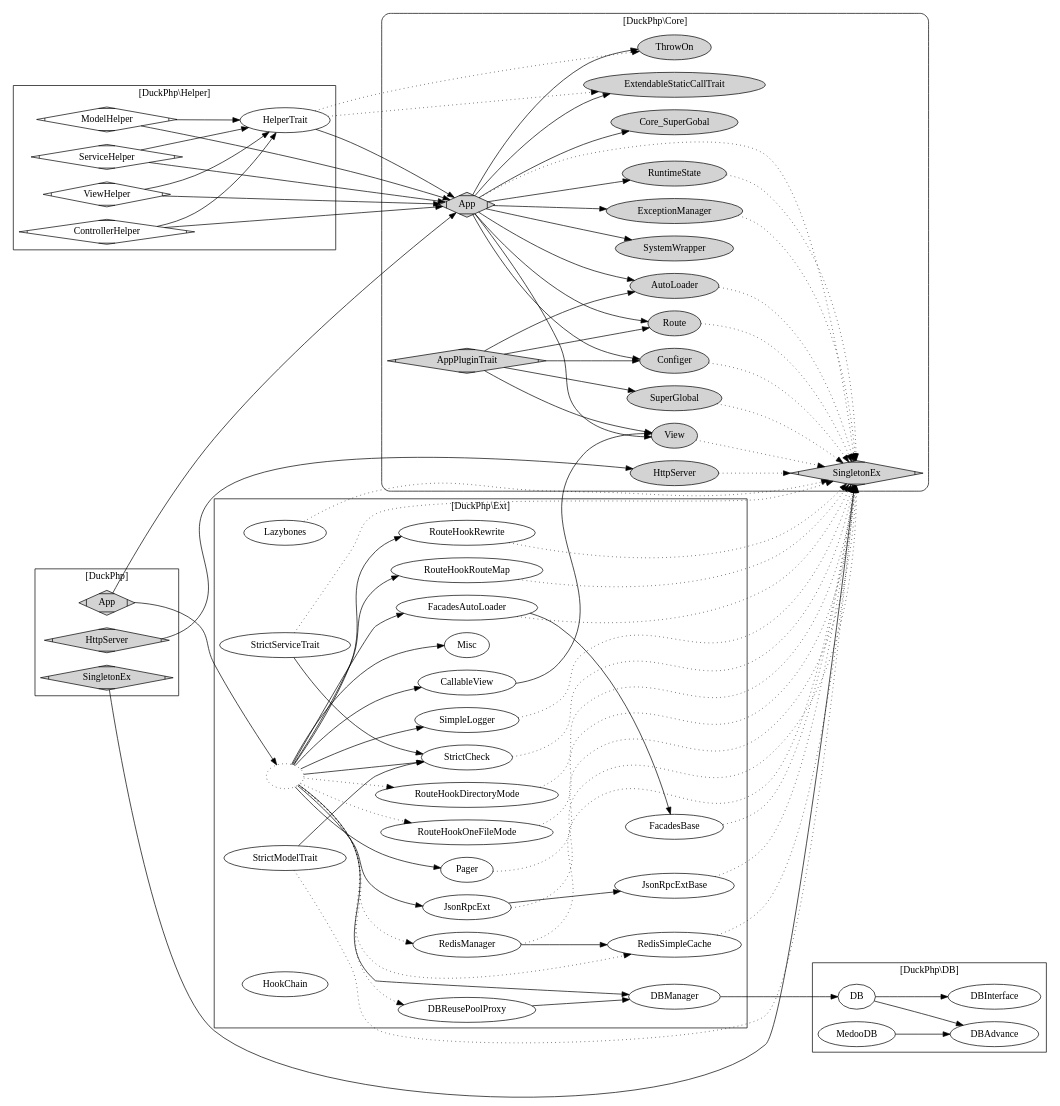
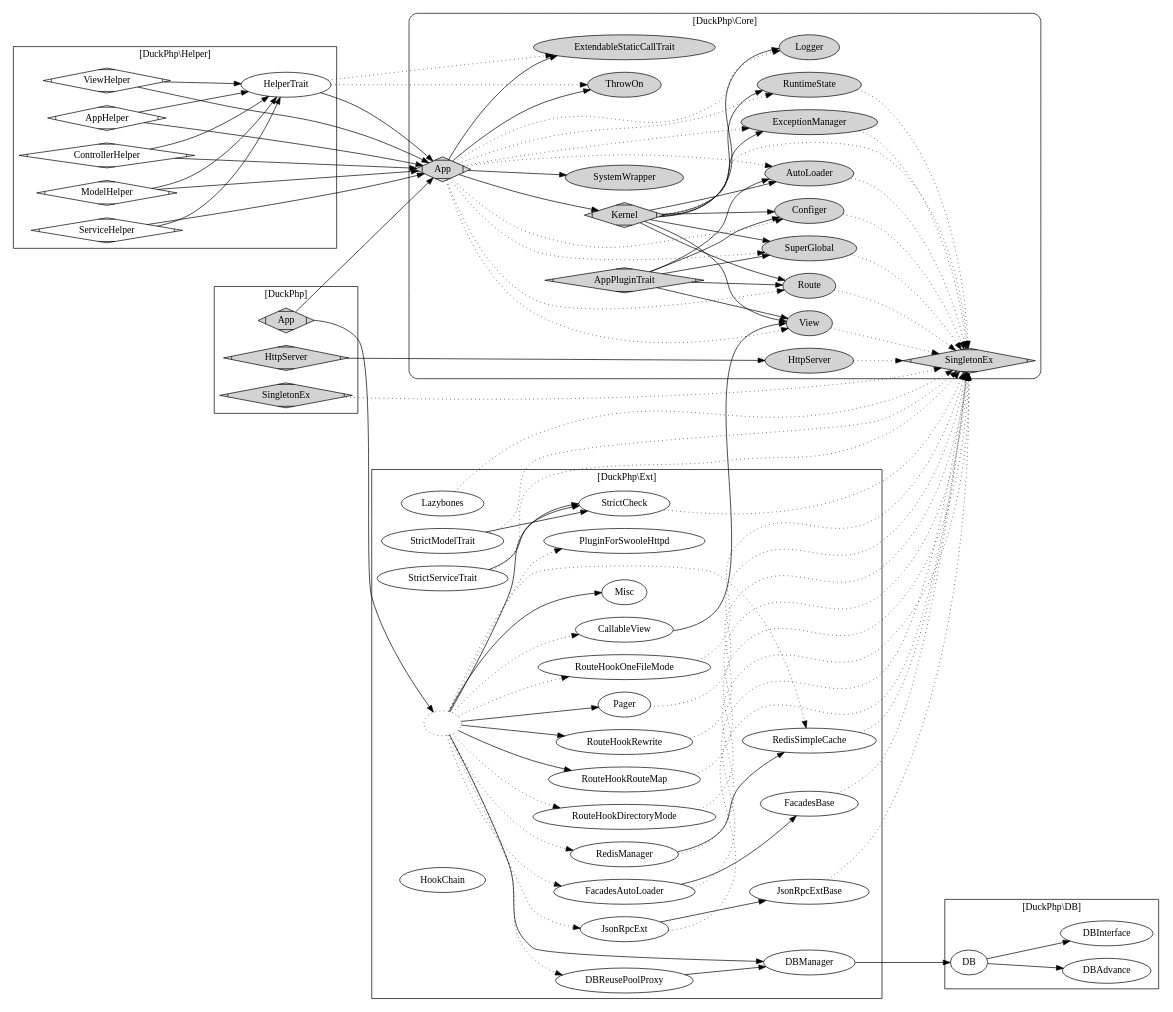
One commit to dvaknheo/duckphp changed the diagram in doc/duckphp.gv. Above: the diagram before and after it, drawn with Graphviz. The commit also changed 1 other file, not shown here.

Commit message:
更新架构图

```diff
--- a/doc/duckphp.gv
+++ b/doc/duckphp.gv
@@ -1,184 +1,197 @@
 digraph G{
 /* This is a graphviz file */
 graph [rankdir = "LR"];
     
     SingletonEx [shape=Mdiamond];
     
 subgraph cluster_Core {
     style = "rounded";
     label = "[DuckPhp\\Core]";
     node [style=filled];
+
+
+    Core_Kernel -> Core_SingletonEx [style="dotted"];
+    Core_Kernel -> Core_AutoLoader ;
+    Core_Kernel -> Core_Configer;
+    Core_Kernel -> Core_Logger;
+    Core_Kernel -> Core_ExceptionManager;
+    Core_Kernel -> Core_Route;
+    Core_Kernel -> Core_RuntimeState;
+    Core_Kernel -> Core_View;
+    Core_Kernel -> Core_SuperGlobal;
+
     
-    Core_App -> Core_AutoLoader ;
-    Core_App -> Core_ExceptionManager;
-    Core_App -> Core_View;
-    Core_App -> Core_Configer;
-    Core_App -> Core_Route;
-    Core_App -> Core_RuntimeState;
-    
-    
-    Core_App -> Core_SingletonEx [style="dotted"];
+    Core_App -> Core_Kernel;
     Core_App -> Core_ThrowOn;
     Core_App -> Core_ExtendableStaticCallTrait;
-    Core_App -> Core_SuperGobal;
     Core_App -> Core_SystemWrapper;
     
+    Core_App -> Core_AutoLoader [style="dotted"];
+    Core_App -> Core_Configer [style="dotted"];
+    Core_App -> Core_Logger [style="dotted"];
+    Core_App -> Core_ExceptionManager [style="dotted"];
+    Core_App -> Core_Route [style="dotted"];
+    Core_App -> Core_RuntimeState [style="dotted"];
+    Core_App -> Core_View [style="dotted"];
+    Core_App -> Core_SuperGlobal [style="dotted"];
+
     Core_AutoLoader -> Core_SingletonEx [style="dotted"];
     Core_ExceptionManager -> Core_SingletonEx [style="dotted"];
     Core_View -> Core_SingletonEx [style="dotted"];
     Core_Configer -> Core_SingletonEx [style="dotted"];
     Core_Route -> Core_SingletonEx [style="dotted"];
     Core_RuntimeState -> Core_SingletonEx [style="dotted"];
     
     Core_HttpServer -> Core_SingletonEx [style="dotted"];
     Core_SuperGlobal -> Core_SingletonEx [style="dotted"];
 
 
     Core_AppPluginTrait -> Core_AutoLoader;
     Core_AppPluginTrait -> Core_Configer;
     Core_AppPluginTrait -> Core_View;
     Core_AppPluginTrait -> Core_Route;
     Core_AppPluginTrait -> Core_SuperGlobal;
 
 
     Core_AppPluginTrait [label="AppPluginTrait";shape=Mdiamond];
 
     Core_App [label="App";shape=Mdiamond];
+    Core_Kernel [label="Kernel";shape=Mdiamond];
     Core_SingletonEx [label="SingletonEx";shape=Mdiamond];
     Core_AutoLoader [label="AutoLoader"];
     Core_ExceptionManager [label="ExceptionManager"];
     Core_View [label="View"];
     Core_Configer [label="Configer"];
+    Core_Logger [label="Logger"];
     Core_Route [label="Route"];
     Core_RuntimeState [label="RuntimeState"];
     Core_SystemWrapper [label="SystemWrapper"];
     
     Core_HttpServer [label="HttpServer"];
     Core_SuperGlobal [label="SuperGlobal"];
 
     Core_ExtendableStaticCallTrait [label="ExtendableStaticCallTrait"];
     
     Core_ThrowOn [label="ThrowOn"];
     
 }
 
 
 
 
 subgraph cluster_Helper {
     label = "[DuckPhp\\Helper]";
+    AppHelper -> Core_App; 
     ControllerHelper -> Core_App; 
     ModelHelper -> Core_App; 
     ServiceHelper -> Core_App; 
     ViewHelper -> Core_App; 
     HelperTrait -> Core_App;
     HelperTrait -> Core_ExtendableStaticCallTrait [style="dotted"];
     HelperTrait -> Core_ThrowOn [style="dotted"];
     
+    AppHelper -> HelperTrait; 
     ControllerHelper -> HelperTrait; 
     ModelHelper -> HelperTrait; 
     ServiceHelper -> HelperTrait; 
     ViewHelper -> HelperTrait; 
 
+    AppHelper [label="AppHelper";shape=Mdiamond];
     ControllerHelper [label="ControllerHelper";shape=Mdiamond];
     ModelHelper [label="ModelHelper";shape=Mdiamond];
     ServiceHelper [label="ServiceHelper";shape=Mdiamond];
     ViewHelper [label="ViewHelper";shape=Mdiamond];
 
 
 }
 
 
 
 
 subgraph cluster_DB {
     label = "[DuckPhp\\DB]";
 
     DB_DB -> DB_DBAdvance;
     DB_DB -> DB_DBInterface;
-    DB_MedooDB -> DB_DBAdvance;
 
     DB_DB [label="DB"];
     DB_DBAdvance [label="DBAdvance"];
     DB_DBInterface [label="DBInterface"];
-    DB_MedooDB [label="MedooDB"];
-
 
 }
 
 
 
 subgraph cluster_Ext {
 label = "[DuckPhp\\Ext]";
     Ext [label="";style="dotted"];
     
-    Ext -> CallableView -> Core_View;
+    Ext -> CallableView [style="dotted"];  CallableView -> Core_View;
     Ext -> DBManager -> DB_DB;
     Ext -> DBReusePoolProxy [style="dotted"];
     
-    Ext -> FacadesAutoLoader;
-    Ext -> JsonRpcExt;
+    Ext -> FacadesAutoLoader [style="dotted"];
+    Ext -> JsonRpcExt [style="dotted"] ;
     Ext -> Misc
-    Ext -> Pager;
+    Ext -> Pager ;
+    Ext -> PluginForSwooleHttpd [style="dotted"];
     Ext -> RouteHookRewrite;
     Ext -> RouteHookRouteMap;
-    Ext -> SimpleLogger;
     Ext -> StrictCheck;
     
     Ext -> RedisManager [style="dotted"];
     Ext -> RedisSimpleCache [style="dotted"];
     Ext -> RouteHookDirectoryMode [style="dotted"];
     Ext -> RouteHookOneFileMode [style="dotted"];
     
     DBReusePoolProxy ->DBManager; 
     JsonRpcExt -> JsonRpcExtBase ;
     JsonRpcExt -> Core_SingletonEx [style="dotted"];
     JsonRpcExtBase -> Core_SingletonEx [style="dotted"];
 
     FacadesAutoLoader ->FacadesBase ;
     FacadesAutoLoader -> Core_SingletonEx [style="dotted"];
     FacadesBase -> Core_SingletonEx [style="dotted"];
     
     Lazybones -> Core_SingletonEx [style="dotted"];
     
     Pager -> Core_SingletonEx [style="dotted"]; 
     
     RedisManager -> RedisSimpleCache;
     RedisManager -> Core_SingletonEx [style="dotted"]; 
     RedisSimpleCache -> Core_SingletonEx [style="dotted"]; 
     
     RouteHookDirectoryMode -> Core_SingletonEx [style="dotted"]; 
     RouteHookOneFileMode -> Core_SingletonEx [style="dotted"];
     
     RouteHookRewrite -> Core_SingletonEx[style="dotted"]; 
     RouteHookRouteMap -> Core_SingletonEx [style="dotted"]; 
 
-    SimpleLogger -> Core_SingletonEx [style="dotted"]; 
     StrictCheck -> Core_SingletonEx [style="dotted"]; 
     
     StrictModelTrait -> Core_SingletonEx [style="dotted"]; 
     StrictServiceTrait -> Core_SingletonEx [style="dotted"];
 
     StrictModelTrait -> StrictCheck; 
     StrictServiceTrait -> StrictCheck; 
     
     Core_HookChain [label="HookChain"];
 
 }
 subgraph cluster_DuckPhp {
     label = "[DuckPhp]";
         node [style=filled];
 
     HttpServer -> Core_HttpServer;
     App -> Core_App;
-    SingletonEx -> Core_SingletonEx;
-
+    SingletonEx -> Core_SingletonEx [style="dotted"];
+    
     App -> Ext;
 
     App [shape=Mdiamond];
     HttpServer [shape=Mdiamond];
     
-    SingletonEx [style=filled,shape=Mdiamond];
+    SingletonEx [style=filled,shape=Mdiamond] ;
 }
 
 }
```
